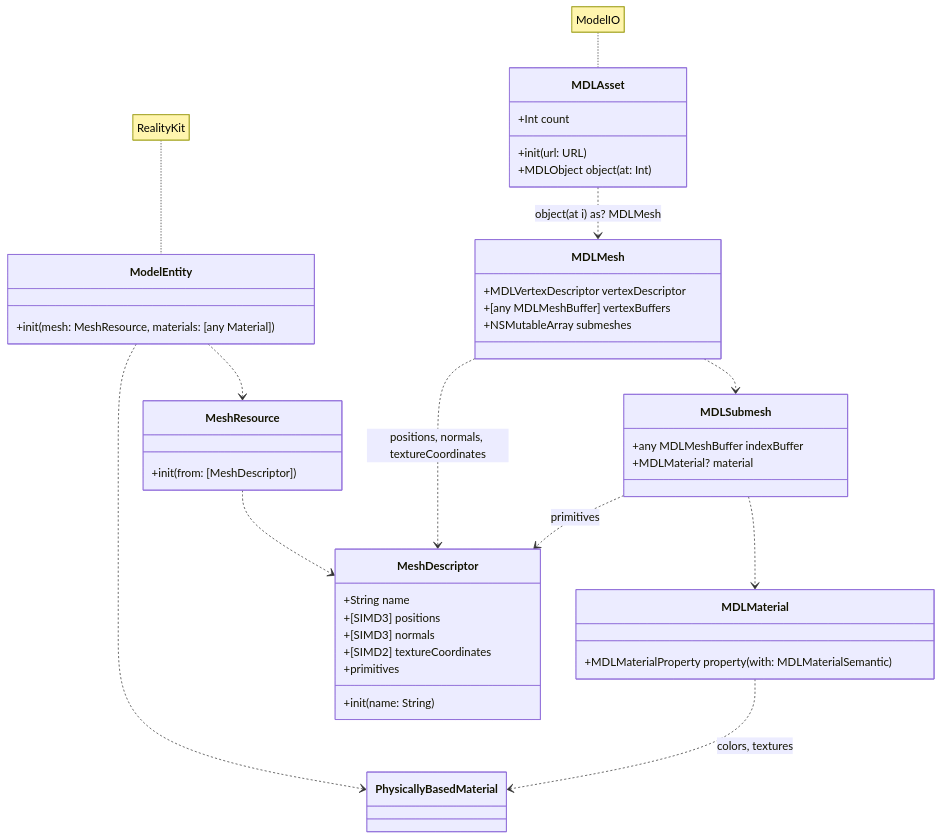
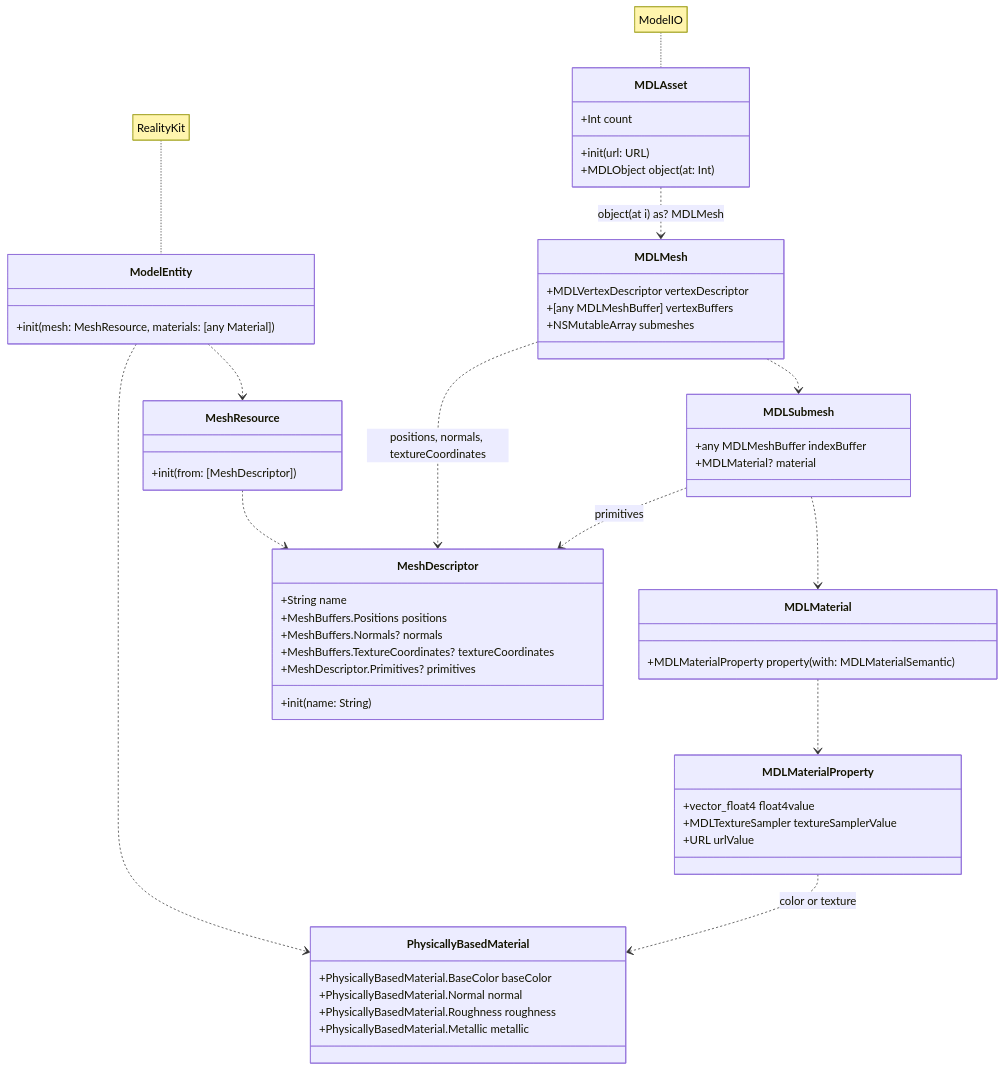
Before and after one commit to radcli14/ModelIO-to-RealityKit: the diagram in README.md, drawn with Mermaid. The commit also changed other lines of this file, not shown here.

Commit message:
writeup on data structure.

````diff
--- a/README.md
+++ b/README.md
@@ -62,57 +79,68 @@
 ```mermaid
 classDiagram
     note for MDLAsset "ModelIO"
     note for ModelEntity "RealityKit"
 
     MDLAsset ..> MDLMesh : object(at i) as? MDLMesh
     MDLMesh ..> MDLSubmesh
     MDLSubmesh ..> MDLMaterial
+    MDLMaterial ..> MDLMaterialProperty
+
     class MDLAsset {
         +Int count
         +init(url: URL)
         +MDLObject object(at: Int) 
     }
 
     class MDLMesh {
         +MDLVertexDescriptor vertexDescriptor 
         +[any MDLMeshBuffer] vertexBuffers
         +NSMutableArray submeshes 
     }
 
     class MDLSubmesh {
         +any MDLMeshBuffer indexBuffer
         +MDLMaterial? material
     }
 
     class MDLMaterial {
         +MDLMaterialProperty property(with: MDLMaterialSemantic)
     }
 
+    class MDLMaterialProperty {
+        +vector_float4 float4value
+        +MDLTextureSampler textureSamplerValue
+        +URL urlValue
+    }
+
     ModelEntity ..> MeshResource
     ModelEntity ..> PhysicallyBasedMaterial
     MeshResource ..> MeshDescriptor
     class ModelEntity {
         +init(mesh: MeshResource, materials: [any Material])
     }
 
     class MeshResource {
         +init(from: [MeshDescriptor])
     }
 
     class MeshDescriptor {
         +String name
-        +[SIMD3] positions
-        +[SIMD3] normals
-        +[SIMD2] textureCoordinates
-        +primitives
+        +MeshBuffers.Positions positions
+        +MeshBuffers.Normals? normals
+        +MeshBuffers.TextureCoordinates? textureCoordinates
+        +MeshDescriptor.Primitives? primitives
         +init(name: String)
     }
 
     class PhysicallyBasedMaterial {
-        
+        +PhysicallyBasedMaterial.BaseColor baseColor
+        +PhysicallyBasedMaterial.Normal normal
+        +PhysicallyBasedMaterial.Roughness roughness
+        +PhysicallyBasedMaterial.Metallic metallic 
     }
 
     MDLMesh ..> MeshDescriptor : positions, normals, textureCoordinates
     MDLSubmesh ..> MeshDescriptor : primitives
-    MDLMaterial ..> PhysicallyBasedMaterial : colors, textures
+    MDLMaterialProperty ..> PhysicallyBasedMaterial : color or texture
 ```
````
